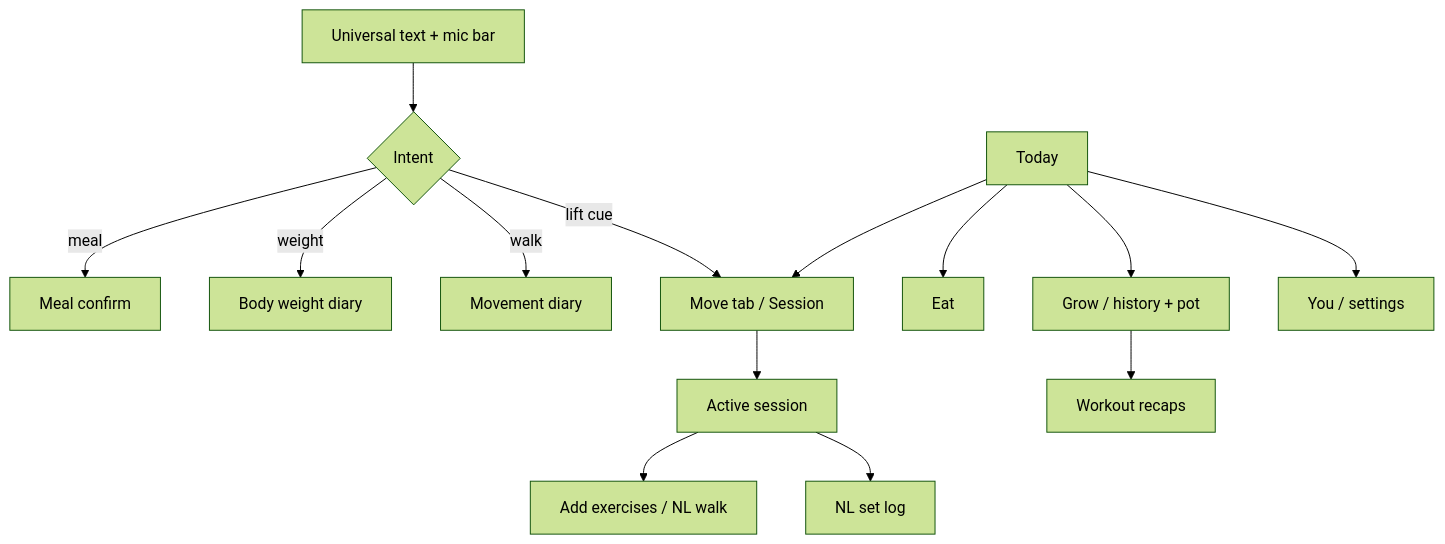
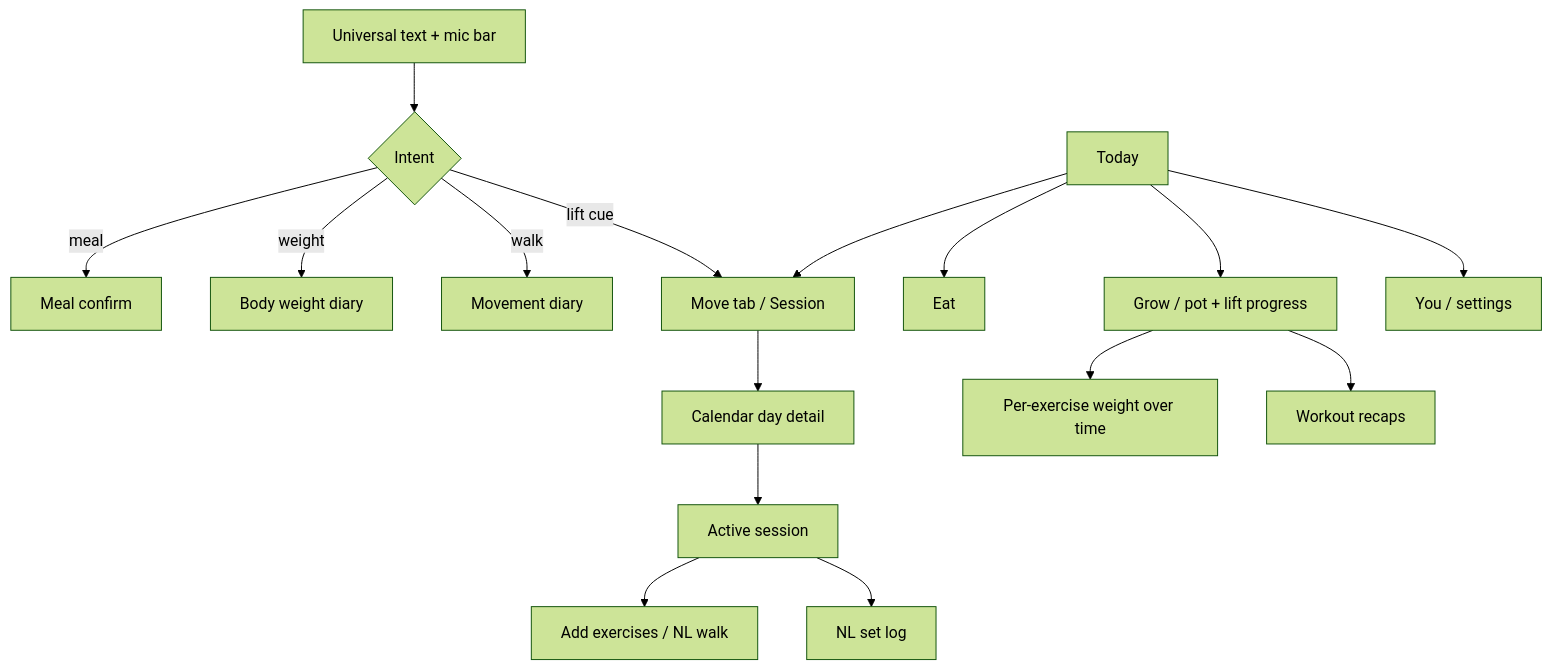
One commit to Dhruva966/weighttrackerdv changed the diagram in README.md. Above: the diagram before and after it, drawn with Mermaid (forest theme). The commit also changed other lines of this file and 18 other files, not shown here.

First line of the commit message:
Fix Grow multi-year charts and wire pot of gold to real streaks.

````diff
--- a/README.md
+++ b/README.md
@@ -8,16 +8,18 @@
 ```mermaid
 flowchart TD
   Bar[Universal text + mic bar] --> Intent{Intent}
   Intent -->|meal| Confirm[Meal confirm]
   Intent -->|weight| BW[Body weight diary]
   Intent -->|walk| MoveLog[Movement diary]
   Intent -->|lift cue| Move[Move tab / Session]
   Today[Today] --> Eat[Eat]
   Today --> Move
-  Today --> Grow[Grow / history + pot]
+  Today --> Grow[Grow / pot + lift progress]
   Today --> You[You / settings]
-  Move --> Session[Active session]
+  Move --> Day[Calendar day detail]
+  Day --> Session[Active session]
   Session --> Pick[Add exercises / NL walk]
   Session --> Sets[NL set log]
+  Grow --> Charts[Per-exercise weight over time]
   Grow --> Recap[Workout recaps]
 ```
````
